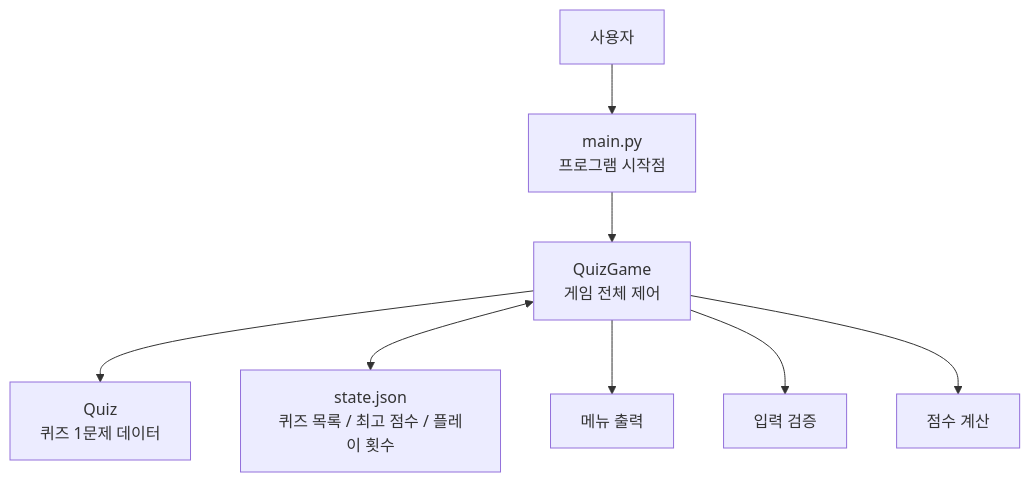
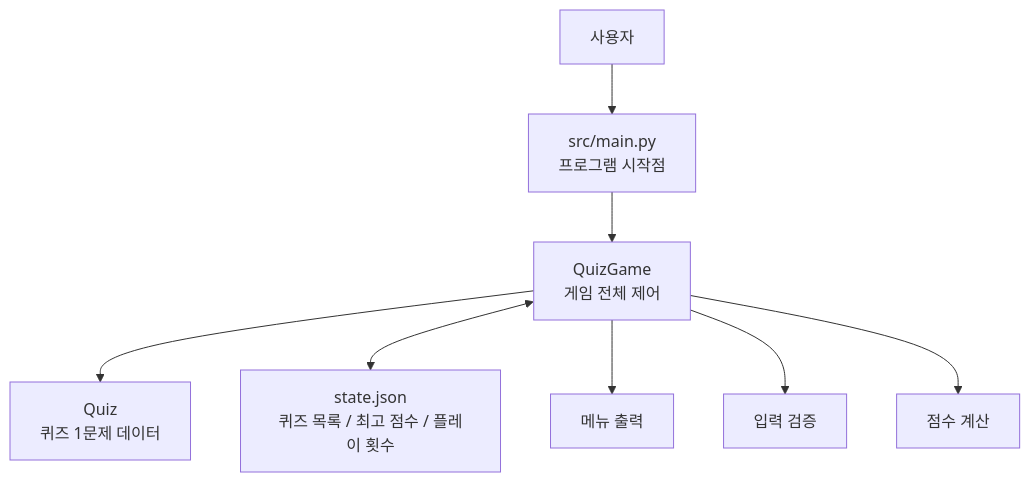
One commit to zzxy72/E1-2 changed the diagram in docs/system-architecture.md. Above: the diagram before and after it, drawn with Mermaid. The commit also changed other lines of this file and 4 other files, not shown here.

````diff
--- a/docs/system-architecture.md
+++ b/docs/system-architecture.md
@@ -25,10 +25,10 @@
 ```mermaid
 flowchart TD
-    A[사용자] --> B[main.py<br/>프로그램 시작점]
+    A[사용자] --> B[src/main.py<br/>프로그램 시작점]
     B --> C[QuizGame<br/>게임 전체 제어]
     C --> D[Quiz<br/>퀴즈 1문제 데이터]
     C <--> E[state.json<br/>퀴즈 목록 / 최고 점수 / 플레이 횟수]
     C --> F[메뉴 출력]
     C --> G[입력 검증]
     C --> H[점수 계산]
 ```
````
